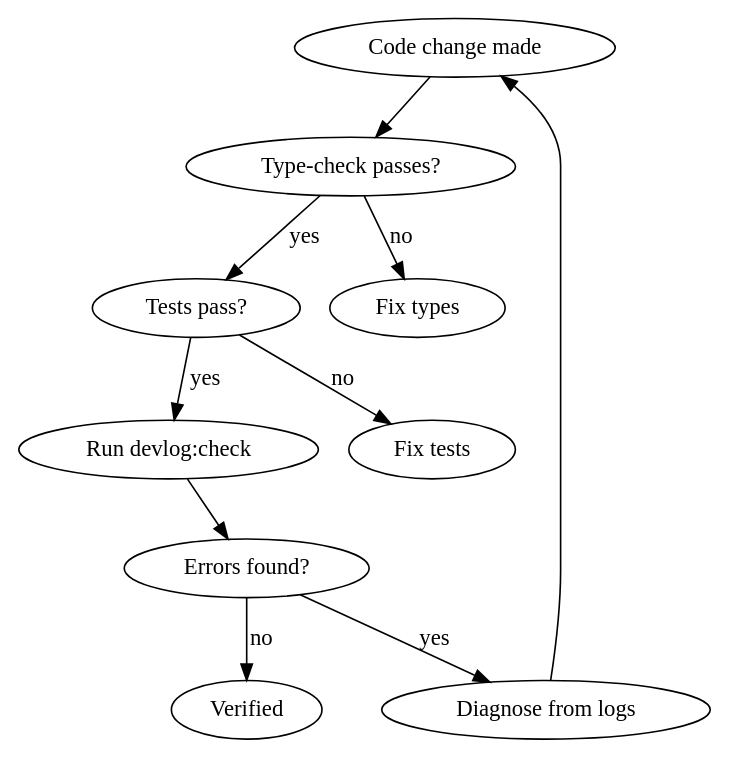
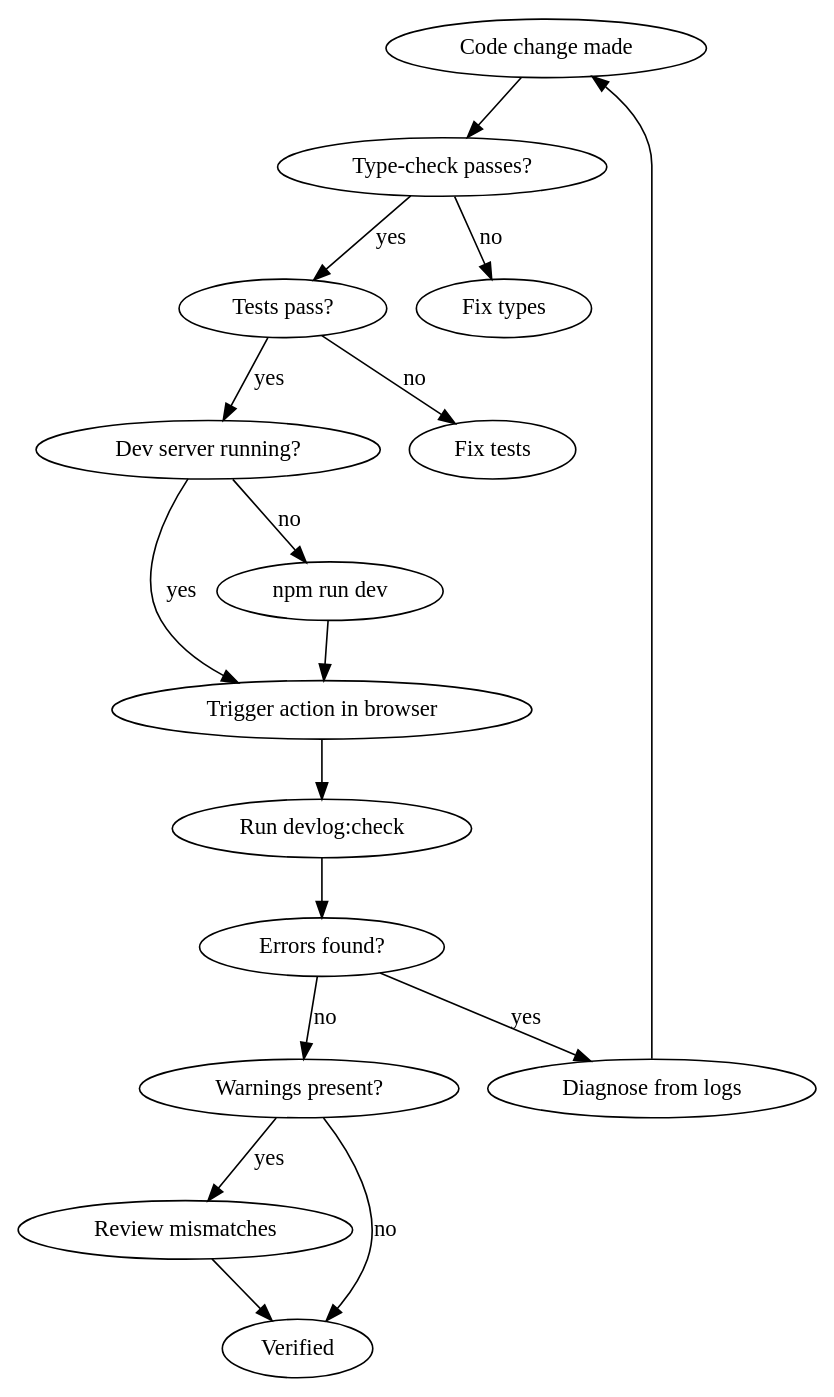
Before and after one commit to BumgeunSong/daily-writing-friends: the diagram in .claude/skills/verify-runtime/SKILL.md, drawn with Graphviz. The commit also changed other lines of this file, not shown here.

````diff
--- a/.claude/skills/verify-runtime/SKILL.md
+++ b/.claude/skills/verify-runtime/SKILL.md
@@ -18,13 +22,20 @@
 ```dot
 digraph verify {
   "Code change made" -> "Type-check passes?";
   "Type-check passes?" -> "Fix types" [label="no"];
   "Type-check passes?" -> "Tests pass?" [label="yes"];
   "Tests pass?" -> "Fix tests" [label="no"];
-  "Tests pass?" -> "Run devlog:check" [label="yes"];
+  "Tests pass?" -> "Dev server running?" [label="yes"];
+  "Dev server running?" -> "npm run dev" [label="no"];
+  "Dev server running?" -> "Trigger action in browser" [label="yes"];
+  "npm run dev" -> "Trigger action in browser";
+  "Trigger action in browser" -> "Run devlog:check";
   "Run devlog:check" -> "Errors found?";
   "Errors found?" -> "Diagnose from logs" [label="yes"];
   "Diagnose from logs" -> "Code change made";
-  "Errors found?" -> "Verified" [label="no"];
+  "Errors found?" -> "Warnings present?" [label="no"];
+  "Warnings present?" -> "Review mismatches" [label="yes"];
+  "Warnings present?" -> "Verified" [label="no"];
+  "Review mismatches" -> "Verified";
 }
 ```
````
